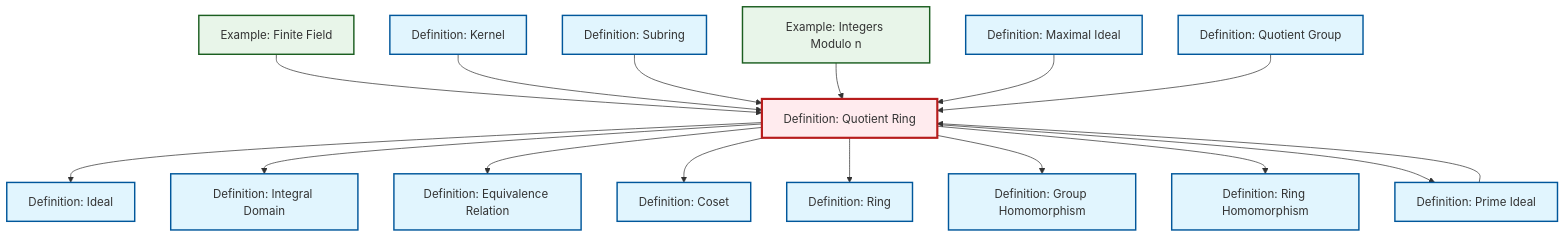
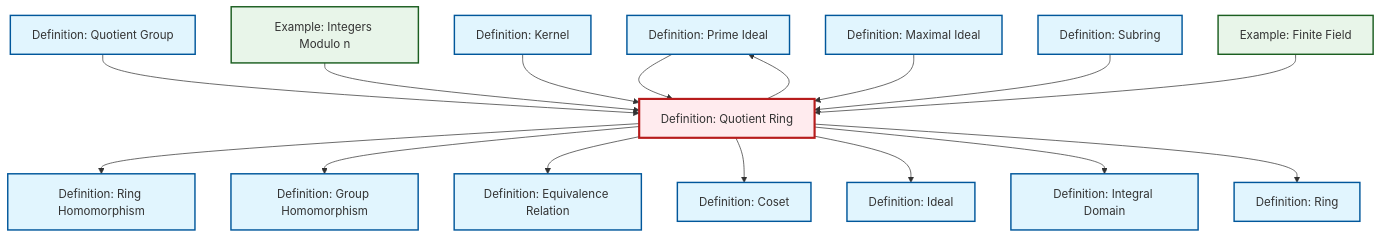
The diagram in content/en/algebra/def-quotient-ring.qmd (RK0429/ModernMath), drawn with Mermaid before and after one commit. The commit also changed other lines of this file and 1069 other files, not shown here.

````diff
--- a/content/en/algebra/def-quotient-ring.qmd
+++ b/content/en/algebra/def-quotient-ring.qmd
@@ -97,54 +97,54 @@
 ```{mermaid}
 %%| fig-cap: "Local dependency graph"
 graph TD
     classDef definition fill:#e1f5fe,stroke:#01579b,stroke-width:2px
     classDef theorem fill:#f3e5f5,stroke:#4a148c,stroke-width:2px
     classDef axiom fill:#fff3e0,stroke:#e65100,stroke-width:2px
     classDef example fill:#e8f5e9,stroke:#1b5e20,stroke-width:2px
     classDef current fill:#ffebee,stroke:#b71c1c,stroke-width:3px
+    def-prime-ideal["Definition: Prime Ideal"]:::definition
+    def-ideal["Definition: Ideal"]:::definition
+    def-maximal-ideal["Definition: Maximal Ideal"]:::definition
+    def-quotient-ring["Definition: Quotient Ring"]:::definition
+    def-integral-domain["Definition: Integral Domain"]:::definition
+    def-ring["Definition: Ring"]:::definition
+    def-ring-homomorphism["Definition: Ring Homomorphism"]:::definition
+    def-quotient-group["Definition: Quotient Group"]:::definition
+    ex-quotient-integers-mod-n["Example: Integers Modulo n"]:::example
+    def-homomorphism["Definition: Group Homomorphism"]:::definition
+    def-subring["Definition: Subring"]:::definition
     def-coset["Definition: Coset"]:::definition
-    def-quotient-ring["Definition: Quotient Ring"]:::definition
-    def-ring-homomorphism["Definition: Ring Homomorphism"]:::definition
-    def-maximal-ideal["Definition: Maximal Ideal"]:::definition
-    def-prime-ideal["Definition: Prime Ideal"]:::definition
-    def-quotient-group["Definition: Quotient Group"]:::definition
     def-equivalence-relation["Definition: Equivalence Relation"]:::definition
-    def-ring["Definition: Ring"]:::definition
-    def-ideal["Definition: Ideal"]:::definition
     def-kernel["Definition: Kernel"]:::definition
-    def-subring["Definition: Subring"]:::definition
-    def-homomorphism["Definition: Group Homomorphism"]:::definition
-    def-integral-domain["Definition: Integral Domain"]:::definition
     ex-finite-field["Example: Finite Field"]:::example
-    ex-quotient-integers-mod-n["Example: Integers Modulo n"]:::example
+    def-prime-ideal --> def-quotient-ring
+    def-quotient-ring --> def-ring-homomorphism
+    def-quotient-ring --> def-homomorphism
+    def-quotient-ring --> def-equivalence-relation
+    def-quotient-ring --> def-coset
+    def-quotient-ring --> def-prime-ideal
     def-quotient-ring --> def-ideal
+    def-quotient-group --> def-quotient-ring
+    ex-quotient-integers-mod-n --> def-quotient-ring
+    def-kernel --> def-quotient-ring
+    def-maximal-ideal --> def-quotient-ring
+    def-subring --> def-quotient-ring
     def-quotient-ring --> def-integral-domain
     ex-finite-field --> def-quotient-ring
-    def-quotient-ring --> def-equivalence-relation
-    def-kernel --> def-quotient-ring
-    def-subring --> def-quotient-ring
-    ex-quotient-integers-mod-n --> def-quotient-ring
-    def-maximal-ideal --> def-quotient-ring
-    def-quotient-ring --> def-coset
     def-quotient-ring --> def-ring
-    def-quotient-group --> def-quotient-ring
-    def-quotient-ring --> def-homomorphism
-    def-quotient-ring --> def-ring-homomorphism
-    def-quotient-ring --> def-prime-ideal
-    def-prime-ideal --> def-quotient-ring
     class def-quotient-ring current
+    click def-prime-ideal "def-prime-ideal.html" "Go to Prime Ideal definition"
+    click def-ideal "def-ideal.html" "Go to Ideal definition"
+    click def-maximal-ideal "def-maximal-ideal.html" "Go to Maximal Ideal definition"
+    click def-integral-domain "def-integral-domain.html" "Go to Integral Domain definition"
+    click def-ring "def-ring.html" "Go to Ring definition"
+    click def-ring-homomorphism "def-ring-homomorphism.html" "Go to Ring Homomorphism definition"
+    click def-quotient-group "def-quotient-group.html" "Go to Quotient Group definition"
+    click ex-quotient-integers-mod-n "ex-quotient-integers-mod-n.html" "Go to Integers Modulo n example"
+    click def-homomorphism "def-homomorphism.html" "Go to Group Homomorphism definition"
+    click def-subring "def-subring.html" "Go to Subring definition"
     click def-coset "def-coset.html" "Go to Coset definition"
-    click def-ring-homomorphism "def-ring-homomorphism.html" "Go to Ring Homomorphism definition"
-    click def-maximal-ideal "def-maximal-ideal.html" "Go to Maximal Ideal definition"
-    click def-prime-ideal "def-prime-ideal.html" "Go to Prime Ideal definition"
-    click def-quotient-group "def-quotient-group.html" "Go to Quotient Group definition"
     click def-equivalence-relation "def-equivalence-relation.html" "Go to Equivalence Relation definition"
-    click def-ring "def-ring.html" "Go to Ring definition"
-    click def-ideal "def-ideal.html" "Go to Ideal definition"
     click def-kernel "def-kernel.html" "Go to Kernel definition"
-    click def-subring "def-subring.html" "Go to Subring definition"
-    click def-homomorphism "def-homomorphism.html" "Go to Group Homomorphism definition"
-    click def-integral-domain "def-integral-domain.html" "Go to Integral Domain definition"
     click ex-finite-field "ex-finite-field.html" "Go to Finite Field example"
-    click ex-quotient-integers-mod-n "ex-quotient-integers-mod-n.html" "Go to Integers Modulo n example"
 ```
````
